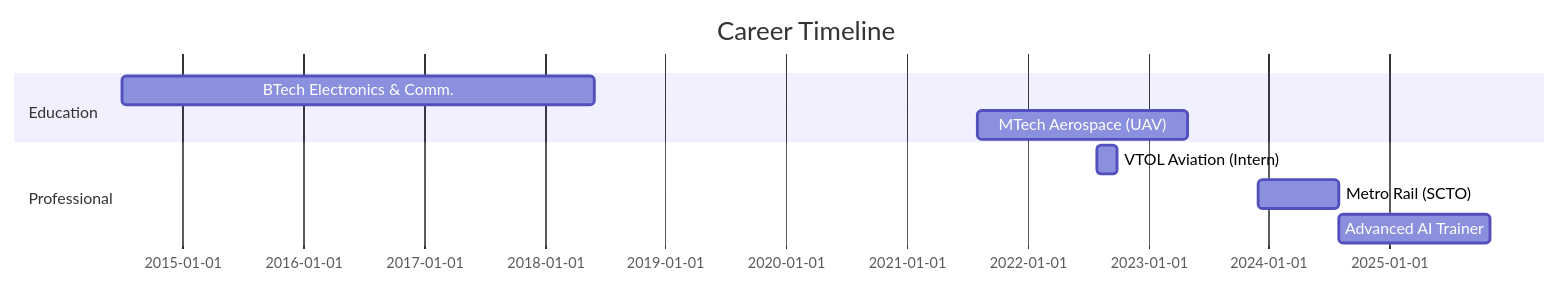
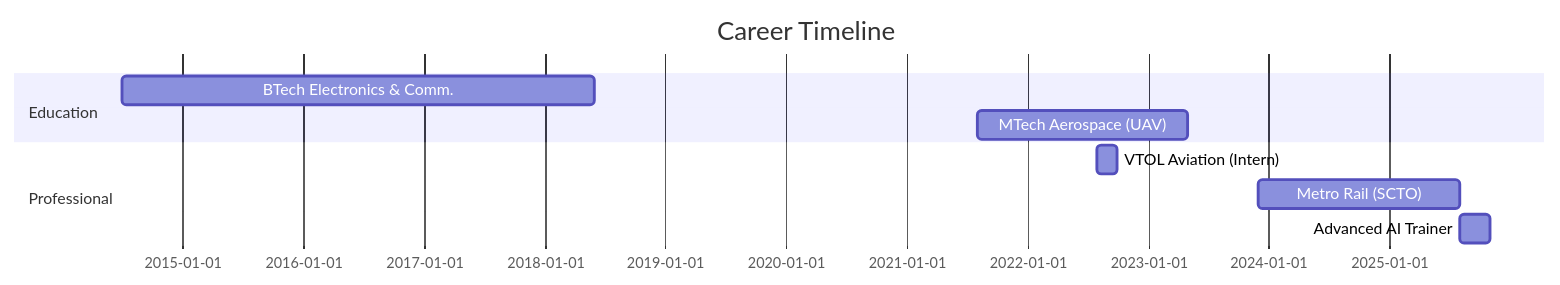
One commit to GauravAero/GauravAero changed the diagram in README.md. Above: the diagram before and after it, drawn with Mermaid.

Commit message:
Modify end dates for job positions in README
Updated the end date for Metro Rail (SCTO) and Advanced AI Trainer.

````diff
--- a/README.md
+++ b/README.md
@@ -230,12 +230,12 @@
 ```mermaid
 gantt
     title Career Timeline
     dateFormat  YYYY-MM
     section Education
     BTech Electronics & Comm.     :2014-07, 2018-06
     MTech Aerospace (UAV)         :2021-08, 2023-05
     section Professional
     VTOL Aviation (Intern)        :2022-08, 2022-10
-    Metro Rail (SCTO)             :2023-12, 2024-08
-    Advanced AI Trainer           :2024-08, 2025-11
+    Metro Rail (SCTO)             :2023-12, 2025-08
+    Advanced AI Trainer           :2025-08, 2025-11
 ```
````
